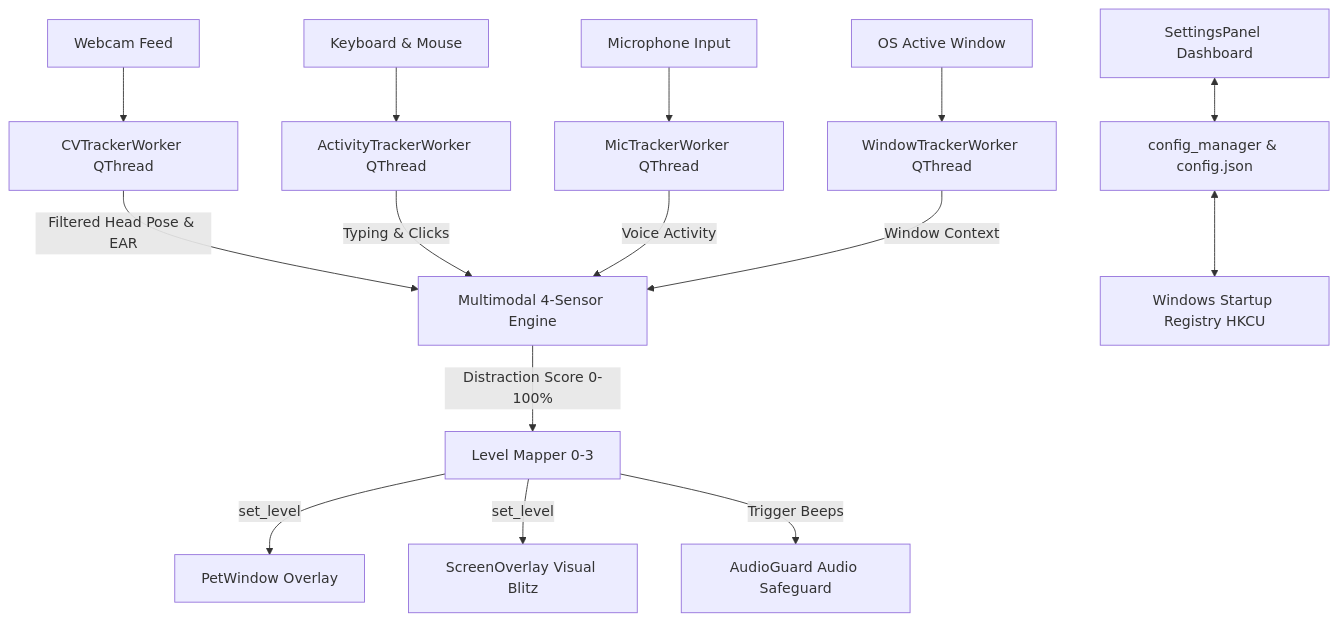
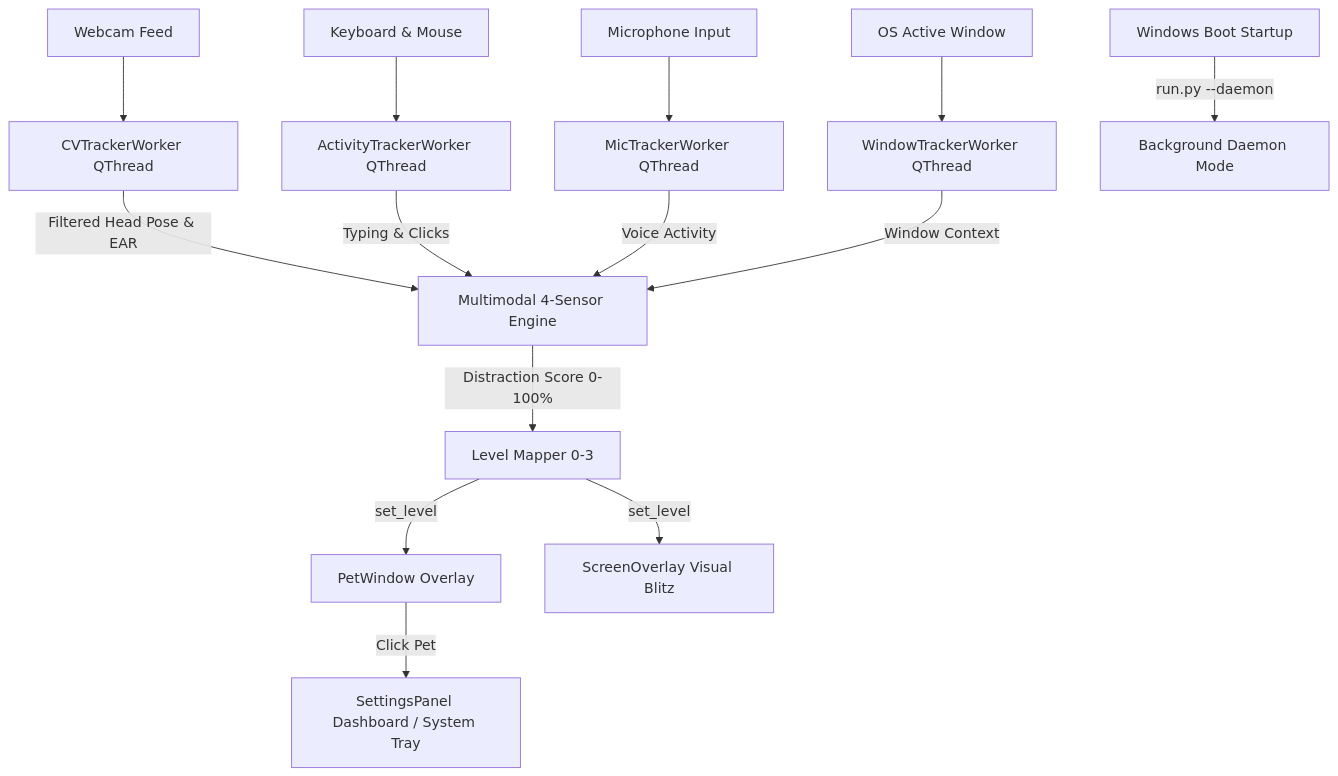
One commit to MrNK2107/tomogachi changed the diagram in README.md. Above: the diagram before and after it, drawn with Mermaid. The commit also changed other lines of this file and 4 other files, not shown here.

Commit message:
feat(daemon): add background tray daemon mode, pet click toggle, and --daemon flag

````diff
--- a/README.md
+++ b/README.md
@@ -43,19 +36,18 @@
 ```mermaid
 graph TD
     A[Webcam Feed] --> B[CVTrackerWorker QThread]
     C[Keyboard & Mouse] --> D[ActivityTrackerWorker QThread]
     E[Microphone Input] --> F[MicTrackerWorker QThread]
     G[OS Active Window] --> H[WindowTrackerWorker QThread]
     
     B -->|Filtered Head Pose & EAR| I[Multimodal 4-Sensor Engine]
     D -->|Typing & Clicks| I
     F -->|Voice Activity| I
     H -->|Window Context| I
 
     I -->|Distraction Score 0-100%| J[Level Mapper 0-3]
     J -->|set_level| K[PetWindow Overlay]
-    J -->|set_level| L[ScreenOverlay Visual Blitz]
-    J -->|Trigger Beeps| M[AudioGuard Audio Safeguard]
-    N[SettingsPanel Dashboard] <--> O[config_manager & config.json]
-    O <--> P[Windows Startup Registry HKCU]
+    K -->|Click Pet| L[SettingsPanel Dashboard / System Tray]
+    J -->|set_level| M[ScreenOverlay Visual Blitz]
+    N[Windows Boot Startup] -->|run.py --daemon| O[Background Daemon Mode]
 ```
````
